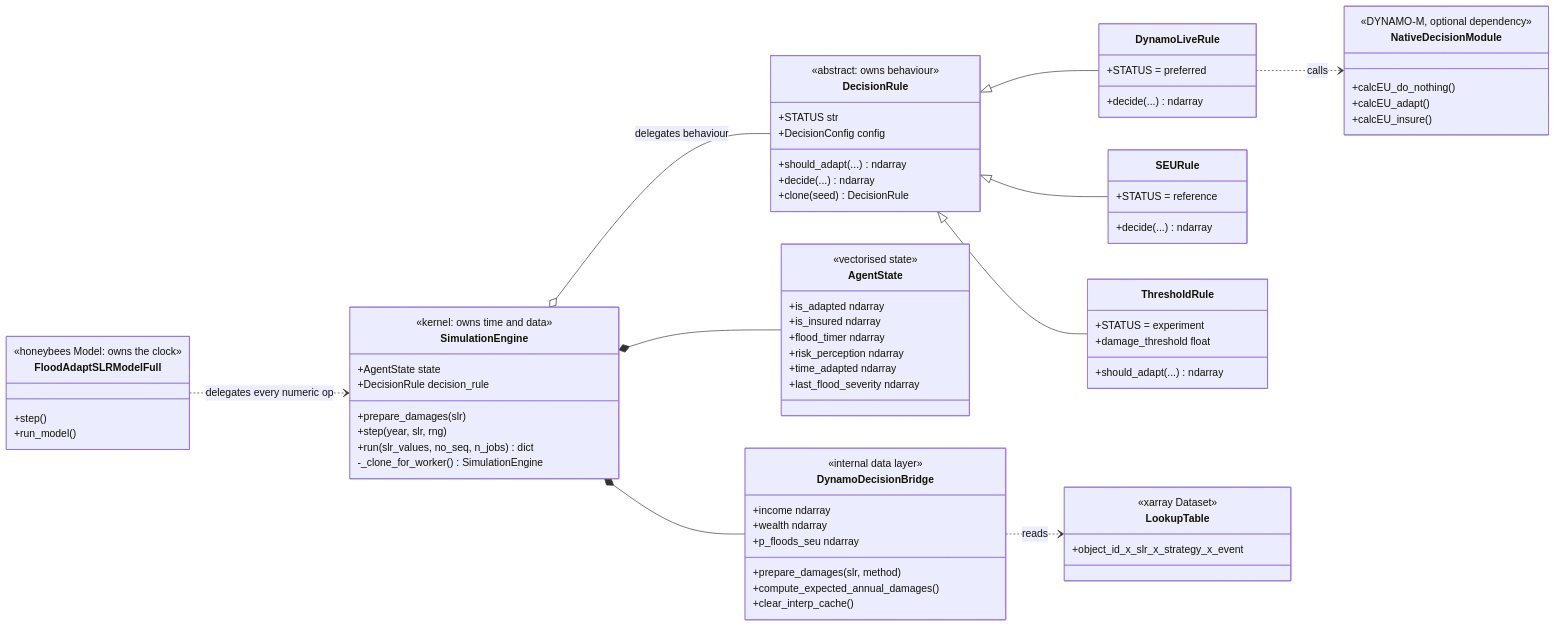
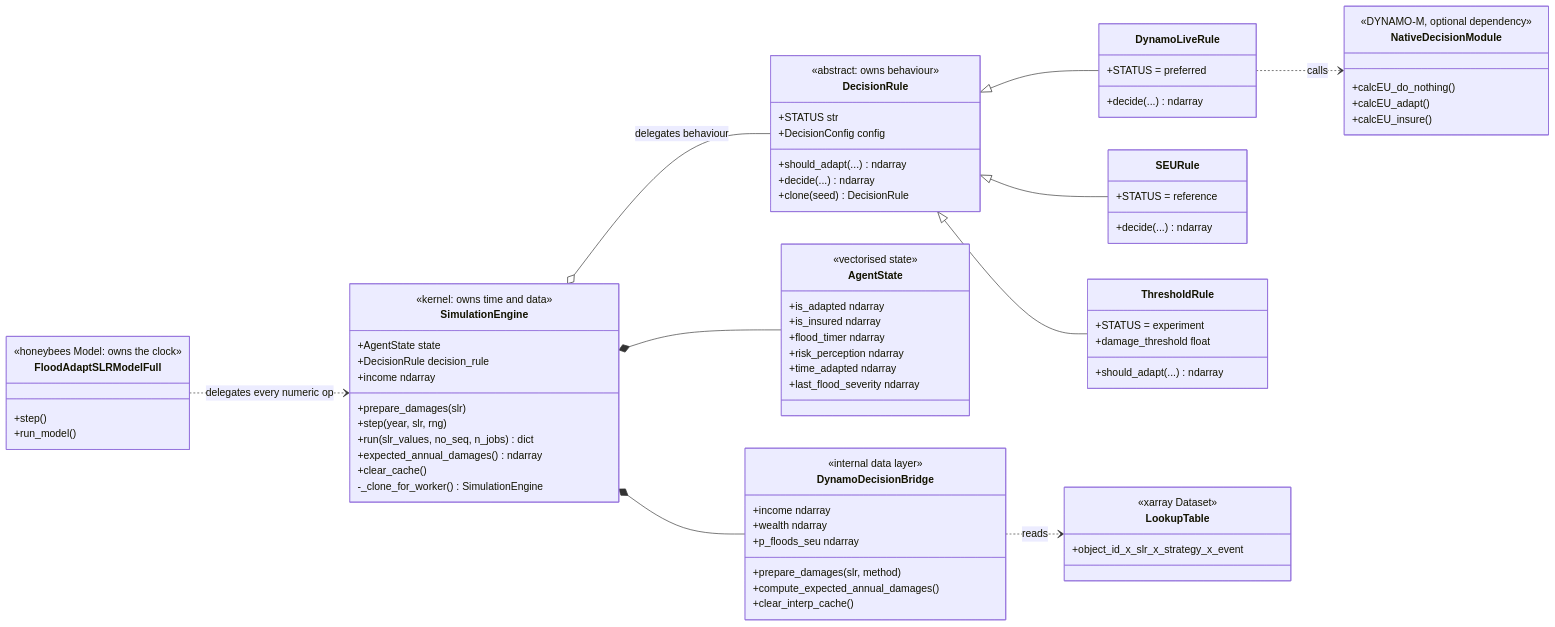
One commit to Deltares-research/FloodAdapt-ABM changed the first of 2 diagrams in docs/architecture.md. Above: the diagram before and after it, drawn with Mermaid. The commit also changed other lines of this file and 10 other files, not shown here.

```diff
--- a/docs/architecture.md
+++ b/docs/architecture.md
@@ -115,6 +115,9 @@
         +prepare_damages(slr)
         +step(year, slr, rng)
         +run(slr_values, no_seq, n_jobs) dict
+        +income ndarray
+        +expected_annual_damages() ndarray
+        +clear_cache()
         -_clone_for_worker() SimulationEngine
     }
 
```
